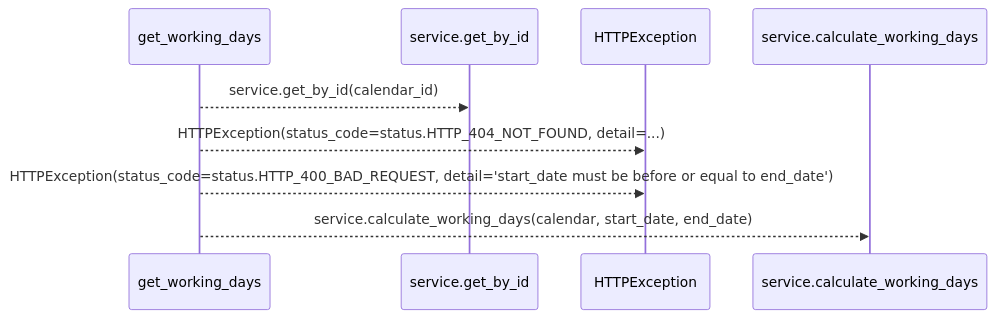
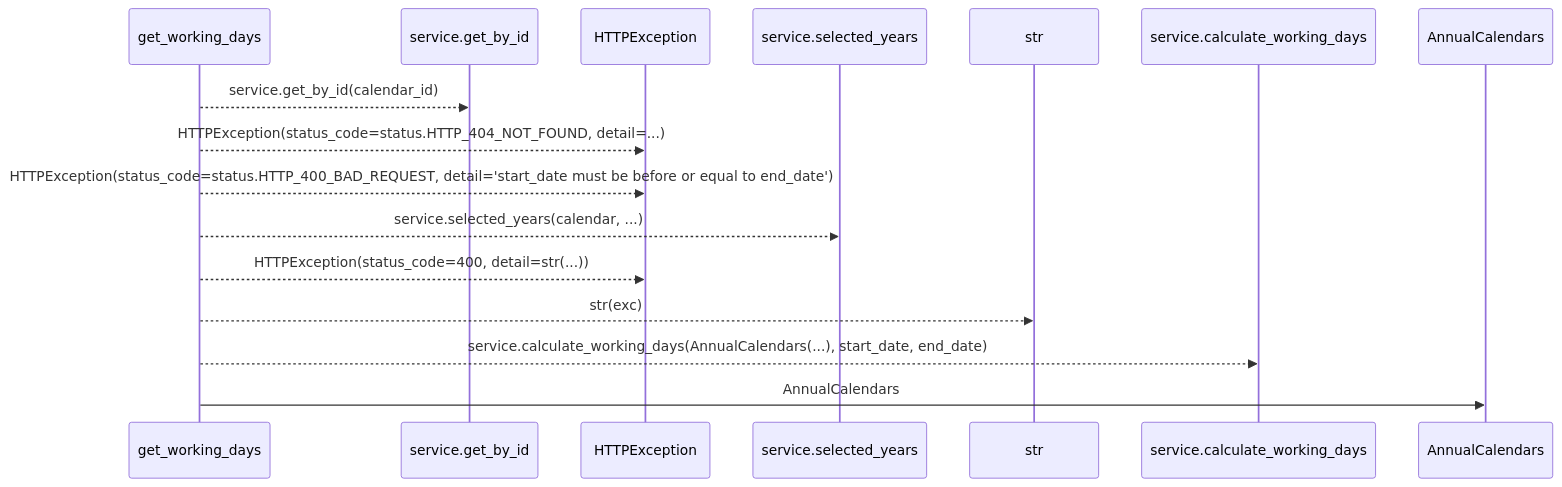
One commit to Denissvgn/WorkChord changed the first of 2 diagrams in docs/llm_wiki/flows/http-get_working_days.md. Above: the diagram before and after it, drawn with Mermaid. The commit also changed other lines of this file and 920 other files, not shown here.

Commit message:
Document explicit annual calendars and forecast ownership

````diff
--- a/docs/llm_wiki/flows/http-get_working_days.md
+++ b/docs/llm_wiki/flows/http-get_working_days.md
@@ -12,11 +12,18 @@
 ```mermaid
 sequenceDiagram
     participant p0 as get_working_days
     participant p1 as service.get_by_id
     participant p2 as HTTPException
-    participant p3 as service.calculate_working_days
+    participant p3 as service.selected_years
+    participant p4 as str
+    participant p5 as service.calculate_working_days
+    participant p6 as AnnualCalendars
     p0-->>p1: service.get_by_id(calendar_id)
     p0-->>p2: HTTPException(status_code=status.HTTP_404_NOT_FOUND, detail=...)
     p0-->>p2: HTTPException(status_code=status.HTTP_400_BAD_REQUEST, detail='start_date must be before or equal to end_date')
-    p0-->>p3: service.calculate_working_days(calendar, start_date, end_date)
+    p0-->>p3: service.selected_years(calendar, ...)
+    p0-->>p2: HTTPException(status_code=400, detail=str(...))
+    p0-->>p4: str(exc)
+    p0-->>p5: service.calculate_working_days(AnnualCalendars(...), start_date, end_date)
+    p0->>p6: AnnualCalendars
 ```
````
